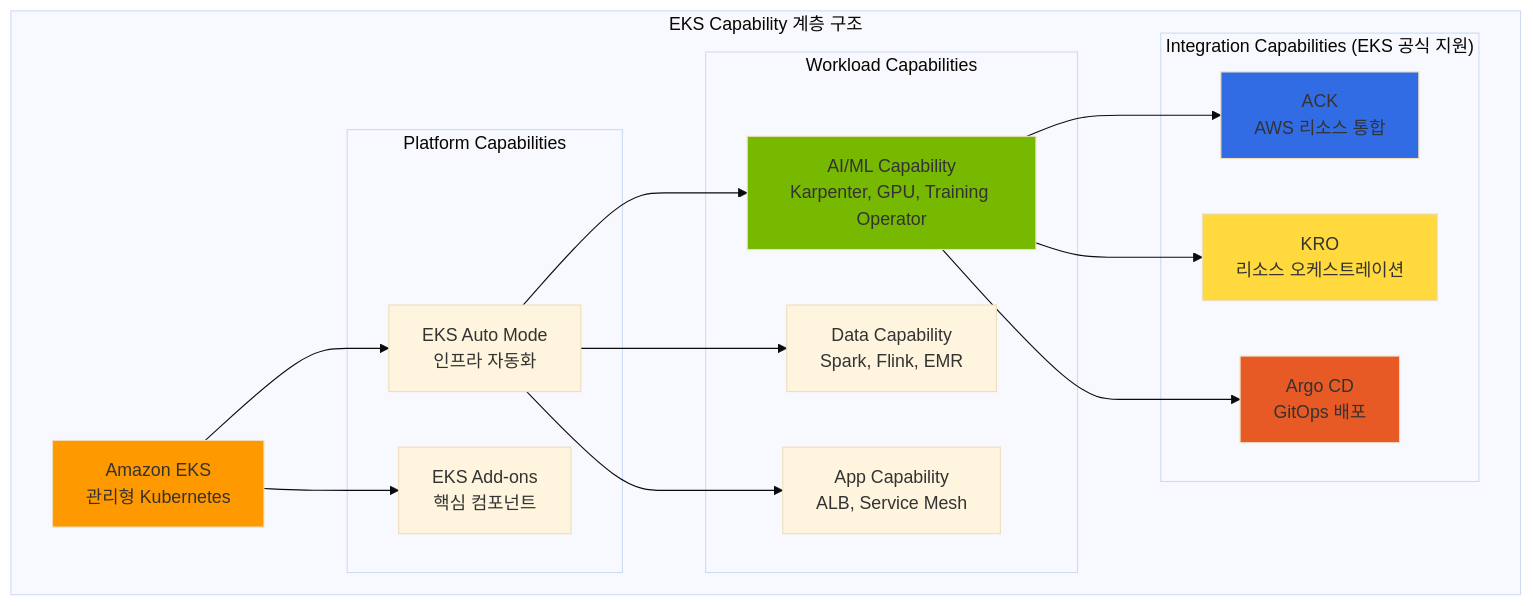
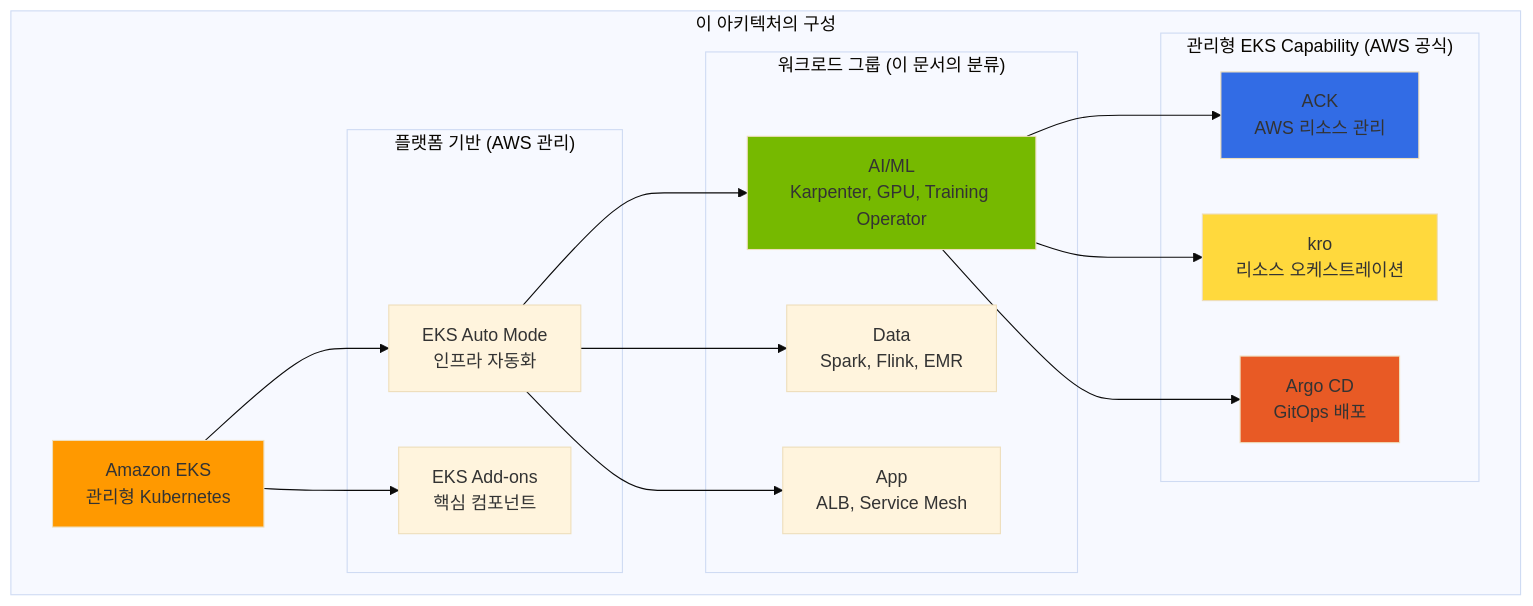
Before and after one commit to devfloor9/engineering-playbook: the fourth of 9 diagrams in i18n/ko/docusaurus-plugin-content-docs/current/agentic-ai-platform/design-architecture/platform-selection/agentic-ai-solutions-eks.md, drawn with Mermaid (base theme). The commit also changed other lines of this file and 39 other files, not shown here.

````diff
--- a/i18n/ko/docusaurus-plugin-content-docs/current/agentic-ai-platform/design-architecture/platform-selection/agentic-ai-solutions-eks.md
+++ b/i18n/ko/docusaurus-plugin-content-docs/current/agentic-ai-platform/design-architecture/platform-selection/agentic-ai-solutions-eks.md
@@ -309,33 +315,33 @@
 ```mermaid
 graph TB
-    subgraph "EKS Capability 계층 구조"
+    subgraph "이 아키텍처의 구성"
         EKS["Amazon EKS<br/>관리형 Kubernetes"]
 
-        subgraph "Platform Capabilities"
+        subgraph "플랫폼 기반 (AWS 관리)"
             AUTO["EKS Auto Mode<br/>인프라 자동화"]
             ADDON["EKS Add-ons<br/>핵심 컴포넌트"]
         end
 
-        subgraph "Workload Capabilities"
-            AI["AI/ML Capability<br/>Karpenter, GPU, Training Operator"]
-            DATA["Data Capability<br/>Spark, Flink, EMR"]
-            APP["App Capability<br/>ALB, Service Mesh"]
+        subgraph "워크로드 그룹 (이 문서의 분류)"
+            AI["AI/ML<br/>Karpenter, GPU, Training Operator"]
+            DATA["Data<br/>Spark, Flink, EMR"]
+            APP["App<br/>ALB, Service Mesh"]
         end
 
-        subgraph "Integration Capabilities (EKS 공식 지원)"
-            ACK_C["ACK<br/>AWS 리소스 통합"]
-            KRO_C["KRO<br/>리소스 오케스트레이션"]
+        subgraph "관리형 EKS Capability (AWS 공식)"
+            ACK_C["ACK<br/>AWS 리소스 관리"]
+            KRO_C["kro<br/>리소스 오케스트레이션"]
             ARGOCD_C["Argo CD<br/>GitOps 배포"]
         end
     end
 
     EKS --> AUTO & ADDON
     AUTO --> AI & DATA & APP
     AI --> ACK_C & KRO_C & ARGOCD_C
 
     style EKS fill:#ff9900
     style AI fill:#76b900
     style ACK_C fill:#326ce5
     style KRO_C fill:#ffd93d
     style ARGOCD_C fill:#e85a25
 ```
````
